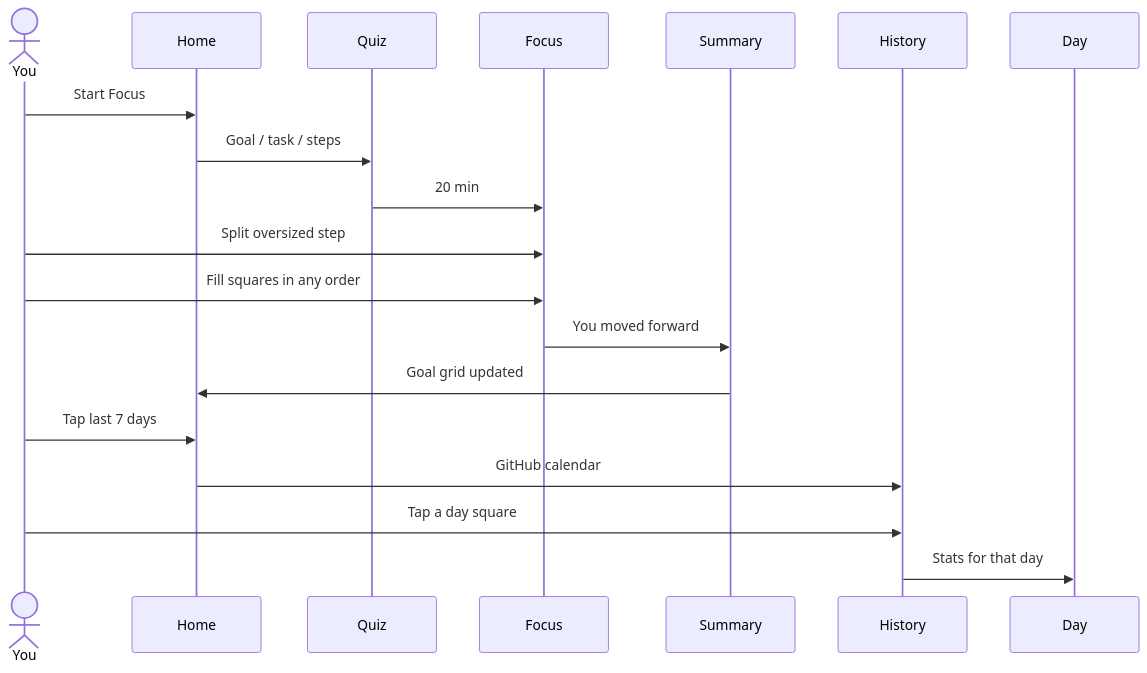
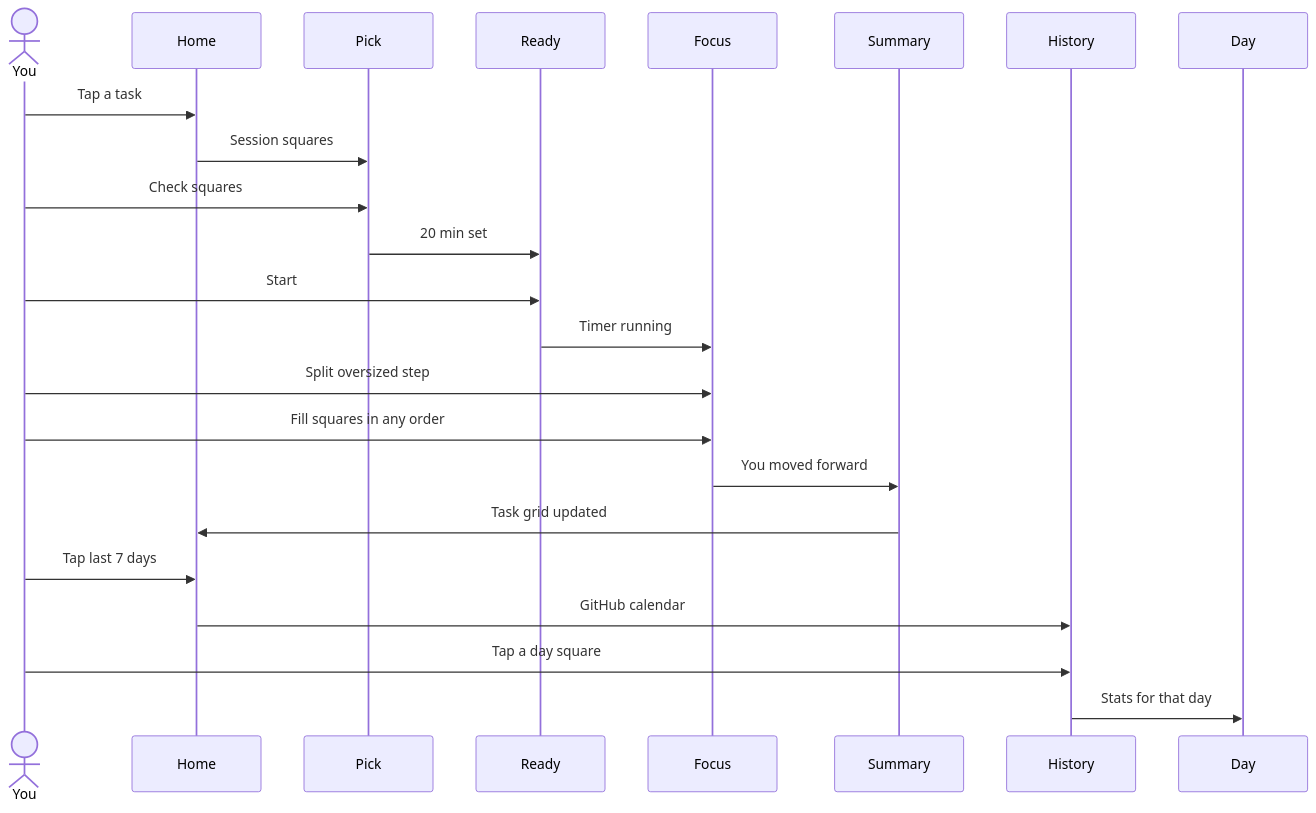
Before and after one commit to littlewhywhat/legal-360: the diagram in cases/squares/docs/flows/focus-loop.md, drawn with Mermaid. The commit also changed other lines of this file and 2 other files, not shown here.

Commit message:
feat: start focus from a home task, not a Start Focus button
Drop the goal/task quiz. Home cards are tasks; checkboxes pick session squares; a ready pomodoro screen starts the timer.

````diff
--- a/cases/squares/docs/flows/focus-loop.md
+++ b/cases/squares/docs/flows/focus-loop.md
@@ -16,22 +17,26 @@
 ```mermaid
 sequenceDiagram
   actor You
   participant Home
-  participant Quiz
+  participant Pick
+  participant Ready
   participant Focus
   participant Summary
   participant History
   participant Day
 
-  You->>Home: Start Focus
-  Home->>Quiz: Goal / task / steps
-  Quiz->>Focus: 20 min
+  You->>Home: Tap a task
+  Home->>Pick: Session squares
+  You->>Pick: Check squares
+  Pick->>Ready: 20 min set
+  You->>Ready: Start
+  Ready->>Focus: Timer running
   You->>Focus: Split oversized step
   You->>Focus: Fill squares in any order
   Focus->>Summary: You moved forward
-  Summary->>Home: Goal grid updated
+  Summary->>Home: Task grid updated
   You->>Home: Tap last 7 days
   Home->>History: GitHub calendar
   You->>History: Tap a day square
   History->>Day: Stats for that day
 ```
````
